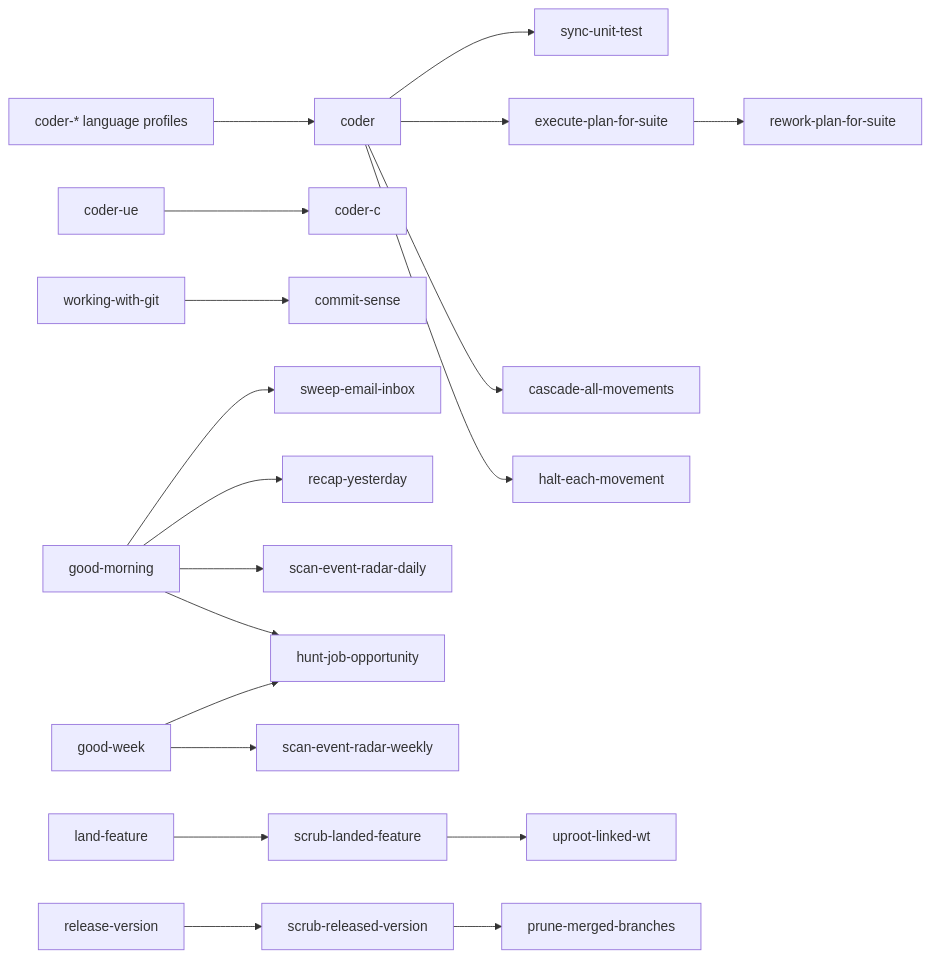
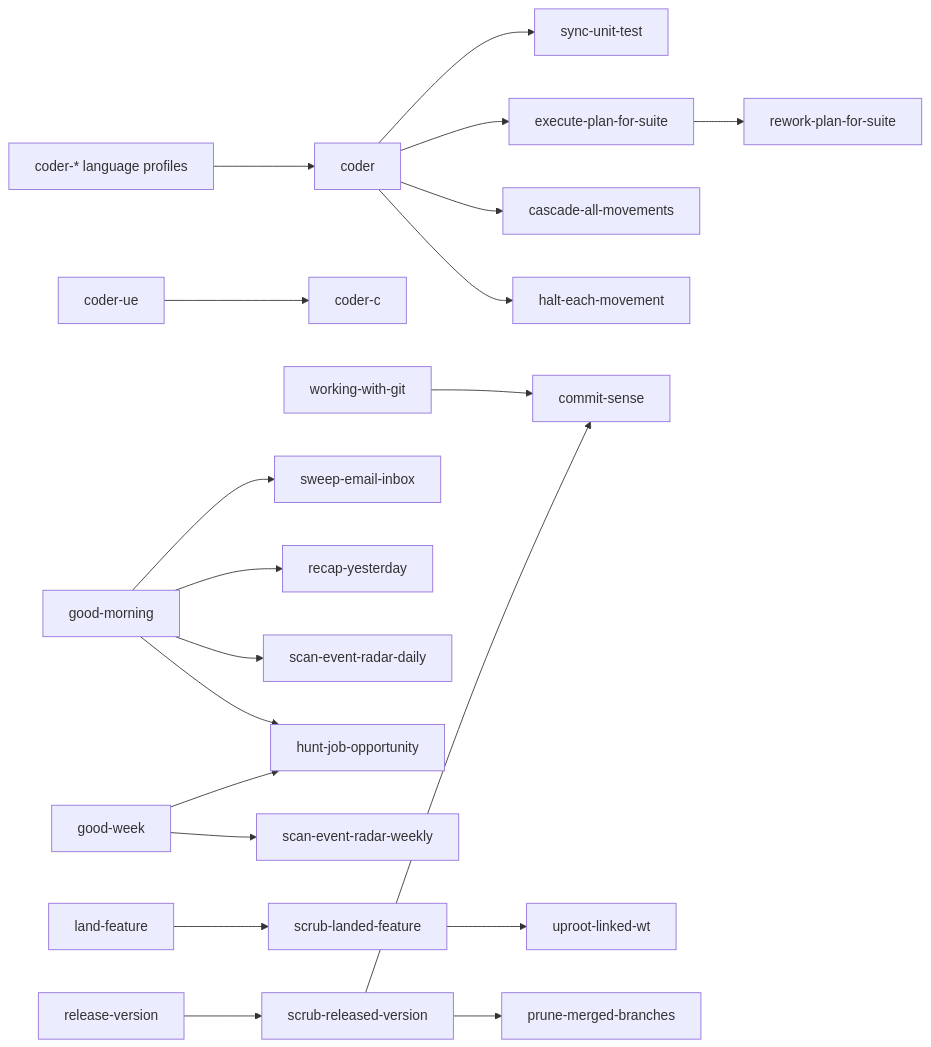
One commit to kami-lel/kaye-library changed the seventh of 7 diagrams in docs/blueprint-doc.md. Above: the diagram before and after it, drawn with Mermaid. The commit also changed 5 other files, not shown here.

````diff
--- a/docs/blueprint-doc.md
+++ b/docs/blueprint-doc.md
@@ -178,21 +178,22 @@
 ```mermaid
 flowchart LR
     coder_profiles["coder-* language profiles"] --> coder
     coder_ue["coder-ue"] --> coder_c["coder-c"]
     coder --> sync_unit_test["sync-unit-test"]
     coder --> execute_plan_for_suite["execute-plan-for-suite"]
     execute_plan_for_suite --> rework_plan_for_suite["rework-plan-for-suite"]
     coder --> cascade_all_movements["cascade-all-movements"]
     coder --> halt_each_movement["halt-each-movement"]
     working_with_git["working-with-git"] --> commit_sense["commit-sense"]
     good_morning["good-morning"] --> sweep_email_inbox["sweep-email-inbox"]
     good_morning --> recap_yesterday["recap-yesterday"]
     good_morning --> scan_event_radar_daily["scan-event-radar-daily"]
     good_morning --> hunt_job_opportunity["hunt-job-opportunity"]
     good_week["good-week"] --> scan_event_radar_weekly["scan-event-radar-weekly"]
     good_week --> hunt_job_opportunity
     land_feature["land-feature"] --> scrub_landed_feature["scrub-landed-feature"]
     scrub_landed_feature --> uproot_linked_wt["uproot-linked-wt"]
     release_version["release-version"] --> scrub_released_version["scrub-released-version"]
     scrub_released_version --> prune_merged_branches["prune-merged-branches"]
+    scrub_released_version --> commit_sense
 ```
````
